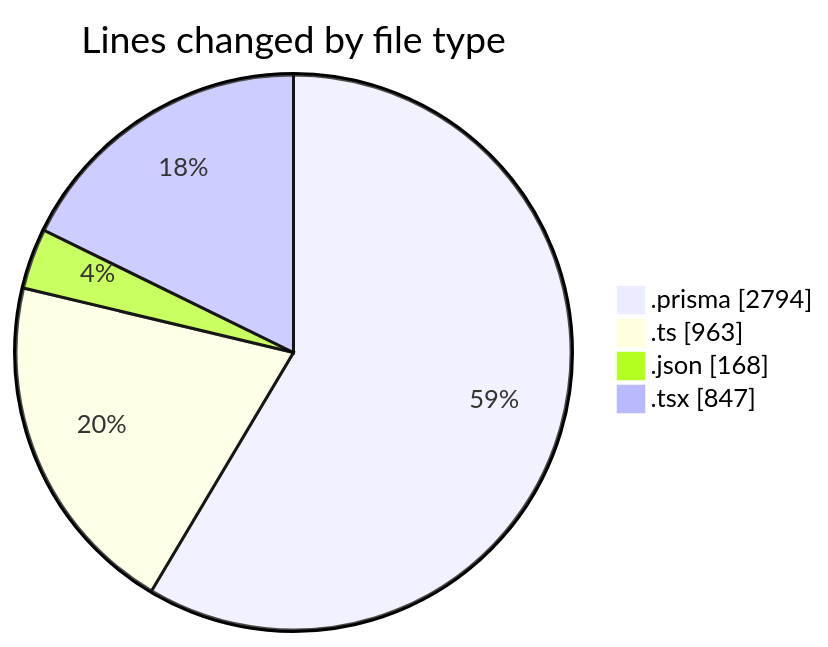
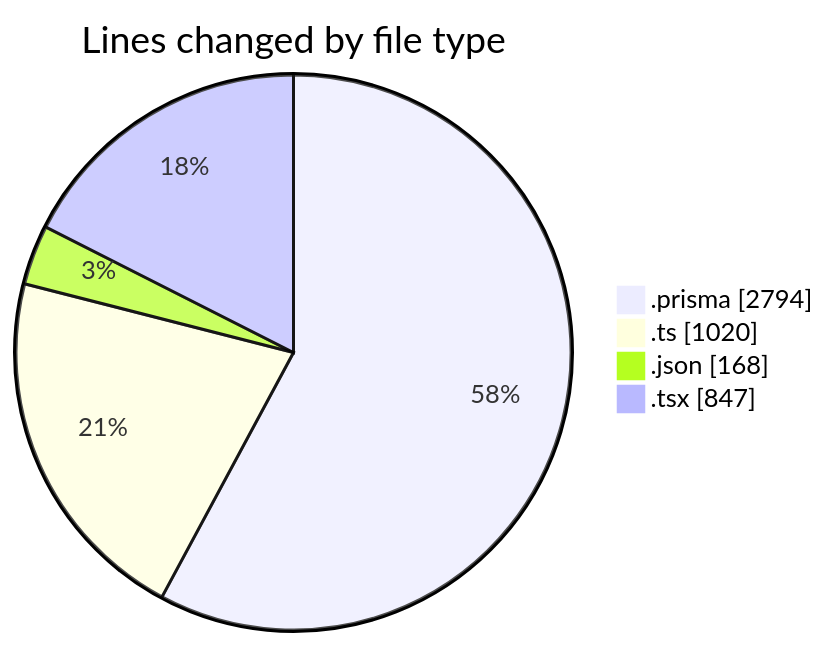
Before and after one commit to CELIANVF/code-tracking: the first of 2 diagrams in 2025-05-01/ecodeli/README.md, drawn with Mermaid. The commit also changed other lines of this file and 1 other file, not shown here.

````diff
--- a/2025-05-01/ecodeli/README.md
+++ b/2025-05-01/ecodeli/README.md
@@ -29,8 +29,8 @@
 ```mermaid
 pie showData
 title Lines changed by file type
 ".prisma" : 2794
-".ts" : 963
+".ts" : 1020
 ".json" : 168
 ".tsx" : 847
 ```
````
